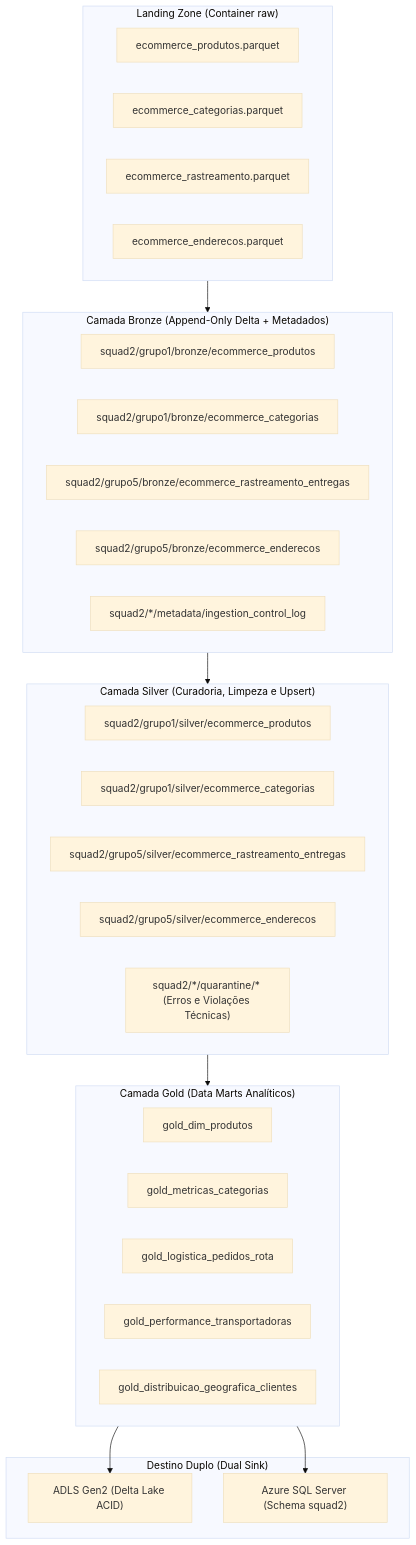
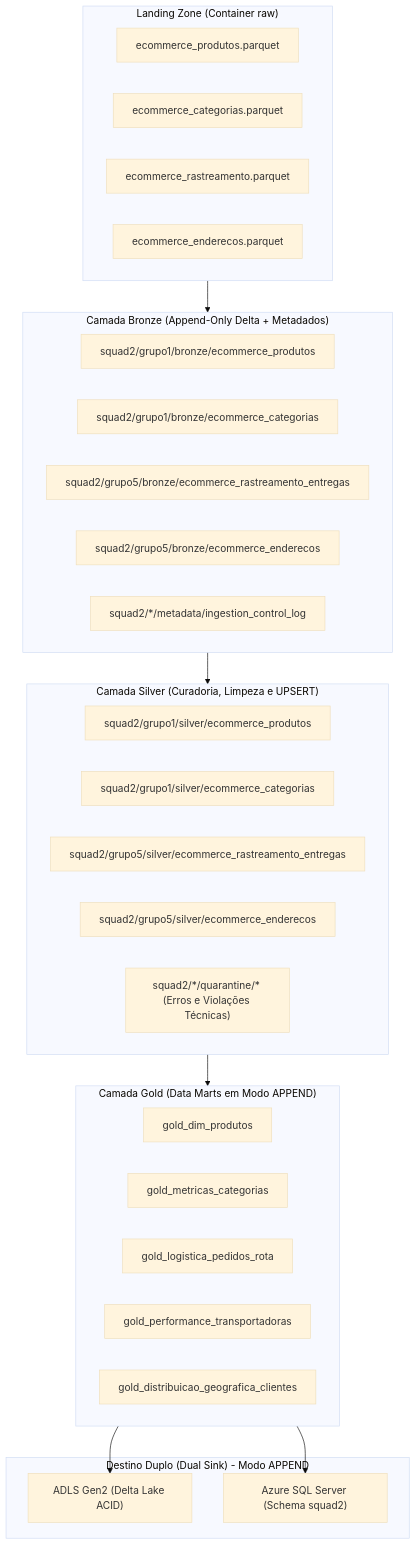
Before and after one commit to GeovanyADCancio/estagio-empregadados-turma-2: the diagram in squad2/README.md, drawn with Mermaid (base theme). The commit also changed other lines of this file and 1 other file, not shown here.

Commit message:
feat(squad2): adotar modo append na camada gold e consolidar upsert na silver conforme alinhamento de reuniao

````diff
--- a/squad2/README.md
+++ b/squad2/README.md
@@ -31,44 +31,44 @@
 ```mermaid
 flowchart TD
     subgraph RAW ["Landing Zone (Container raw)"]
         R1["ecommerce_produtos.parquet"]
         R2["ecommerce_categorias.parquet"]
         R3["ecommerce_rastreamento.parquet"]
         R4["ecommerce_enderecos.parquet"]
     end
 
     subgraph BRONZE ["Camada Bronze (Append-Only Delta + Metadados)"]
         B1["squad2/grupo1/bronze/ecommerce_produtos"]
         B2["squad2/grupo1/bronze/ecommerce_categorias"]
         B3["squad2/grupo5/bronze/ecommerce_rastreamento_entregas"]
         B4["squad2/grupo5/bronze/ecommerce_enderecos"]
         B_CTRL["squad2/*/metadata/ingestion_control_log"]
     end
 
-    subgraph SILVER ["Camada Silver (Curadoria, Limpeza e Upsert)"]
+    subgraph SILVER ["Camada Silver (Curadoria, Limpeza e UPSERT)"]
         S1["squad2/grupo1/silver/ecommerce_produtos"]
         S2["squad2/grupo1/silver/ecommerce_categorias"]
         S3["squad2/grupo5/silver/ecommerce_rastreamento_entregas"]
         S4["squad2/grupo5/silver/ecommerce_enderecos"]
         Q["squad2/*/quarantine/* (Erros e Violações Técnicas)"]
     end
 
-    subgraph GOLD ["Camada Gold (Data Marts Analíticos)"]
+    subgraph GOLD ["Camada Gold (Data Marts em Modo APPEND)"]
         G1["gold_dim_produtos"]
         G2["gold_metricas_categorias"]
         G3["gold_logistica_pedidos_rota"]
         G4["gold_performance_transportadoras"]
         G5["gold_distribuicao_geografica_clientes"]
     end
 
-    subgraph DESTINOS ["Destino Duplo (Dual Sink)"]
+    subgraph DESTINOS ["Destino Duplo (Dual Sink) - Modo APPEND"]
         D_LAKE["ADLS Gen2 (Delta Lake ACID)"]
         D_SQL["Azure SQL Server (Schema squad2)"]
     end
 
     RAW --> BRONZE
     BRONZE --> SILVER
     SILVER --> GOLD
     GOLD --> D_LAKE
     GOLD --> D_SQL
 ```
````
